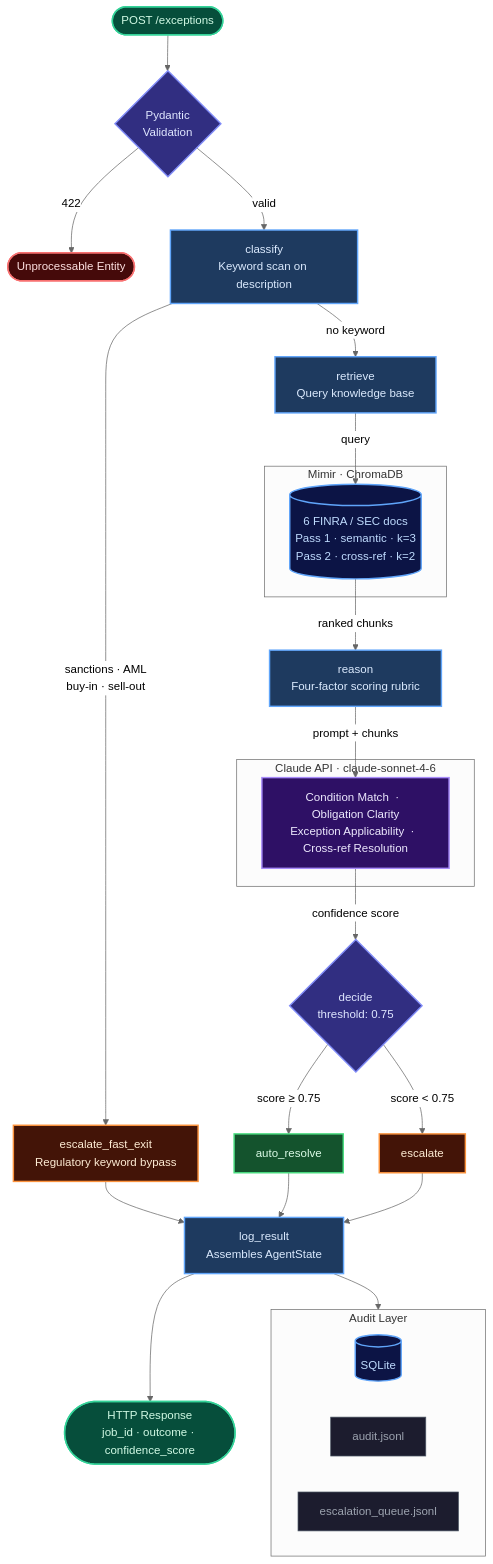
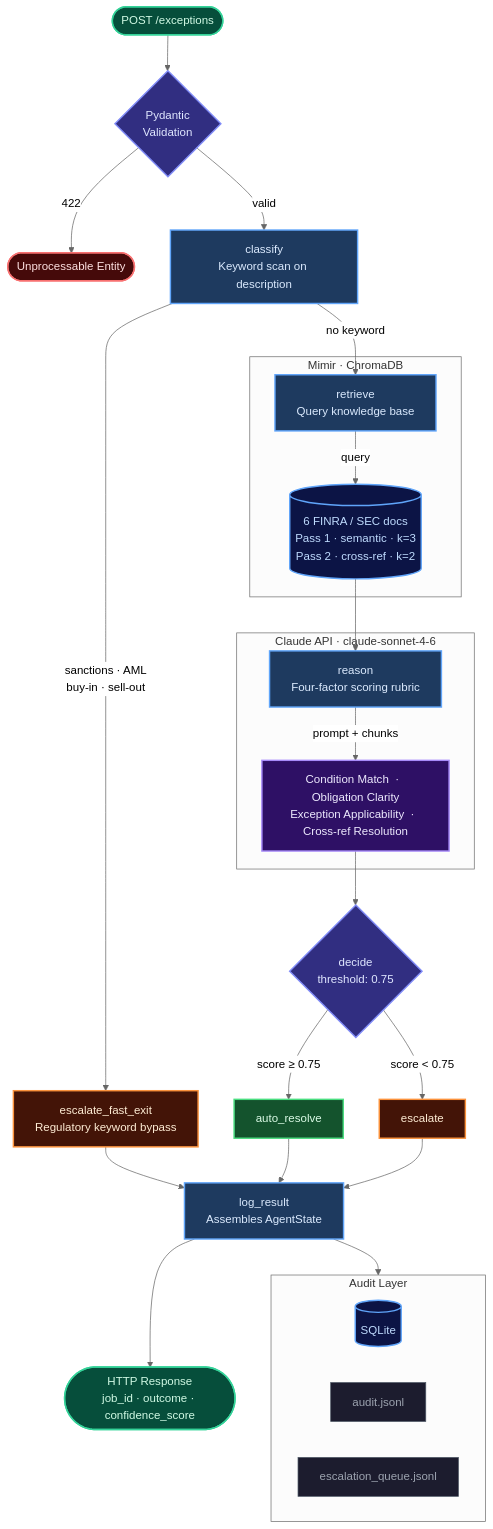
Before and after one commit to rlin25/HuginnsMessage: the diagram in README.md, drawn with Mermaid (neutral theme).

Commit message:
Fix arrow-label overlap on subgraph boundary edges
Move RET into MIMIR subgraph and RSN into CLAUDE_API subgraph so the
labeled edges (query, prompt+chunks) are contained within their boxes.
Drop labels on cross-boundary edges where the flow is unambiguous.

````diff
--- a/README.md
+++ b/README.md
@@ -21,49 +21,50 @@
 ```mermaid
 flowchart TD
     API(["POST /exceptions"]):::api --> VAL{Pydantic\nValidation}:::decision
     VAL -->|"422"| ERR(["Unprocessable Entity"]):::error
     VAL -->|valid| CLS
 
     CLS["classify\nKeyword scan on description"]:::node
     CLS -->|"sanctions · AML\nbuy-in · sell-out"| FE["escalate_fast_exit\nRegulatory keyword bypass"]:::orange
-    CLS -->|no keyword| RET["retrieve\nQuery knowledge base"]:::node
+    CLS -->|no keyword| RET
 
     subgraph MIMIR["Mimir  ·  ChromaDB"]
+        RET["retrieve\nQuery knowledge base"]:::node
         DB[("6 FINRA / SEC docs\nPass 1 · semantic · k=3\nPass 2 · cross-ref · k=2")]:::store
+        RET -->|query| DB
     end
 
-    RET -->|query| DB
-    DB -->|ranked chunks| RSN["reason\nFour-factor scoring rubric"]:::node
-
     subgraph CLAUDE_API["Claude API  ·  claude-sonnet-4-6"]
+        RSN["reason\nFour-factor scoring rubric"]:::node
         MODEL["Condition Match  ·  Obligation Clarity\nException Applicability  ·  Cross-ref Resolution"]:::llm
+        RSN -->|prompt + chunks| MODEL
     end
 
-    RSN -->|prompt + chunks| MODEL
-    MODEL -->|confidence score| DEC{"decide\nthreshold: 0.75"}:::decision
+    DB --> RSN
+    MODEL --> DEC{"decide\nthreshold: 0.75"}:::decision
 
     DEC -->|"score ≥ 0.75"| AUTO["auto_resolve"]:::green
     DEC -->|"score < 0.75"| ESC["escalate"]:::orange
 
     FE & AUTO & ESC --> LOG["log_result\nAssembles AgentState"]:::node
 
     subgraph AUDIT["Audit Layer"]
         direction LR
         SQLDB[("SQLite")]:::store
         AJ["audit.jsonl"]:::file
         EQ["escalation_queue.jsonl"]:::file
     end
 
     LOG --> AUDIT
     LOG --> RESP(["HTTP Response\njob_id · outcome · confidence_score"]):::api
 
     classDef node fill:#1e3a5f,stroke:#60a5fa,stroke-width:2px,color:#dbeafe
     classDef decision fill:#312e81,stroke:#818cf8,stroke-width:2px,color:#e0e7ff
     classDef green fill:#14532d,stroke:#4ade80,stroke-width:2px,color:#dcfce7
     classDef orange fill:#431407,stroke:#fb923c,stroke-width:2px,color:#ffedd5
     classDef error fill:#450a0a,stroke:#f87171,stroke-width:2px,color:#fee2e2
     classDef store fill:#0c1445,stroke:#60a5fa,stroke-width:2px,color:#bfdbfe
     classDef llm fill:#2e1065,stroke:#a78bfa,stroke-width:2px,color:#ede9fe
     classDef api fill:#064e3b,stroke:#34d399,stroke-width:2px,color:#d1fae5
     classDef file fill:#1c1c2e,stroke:#4b5563,stroke-width:1px,color:#9ca3af
 ```
````
